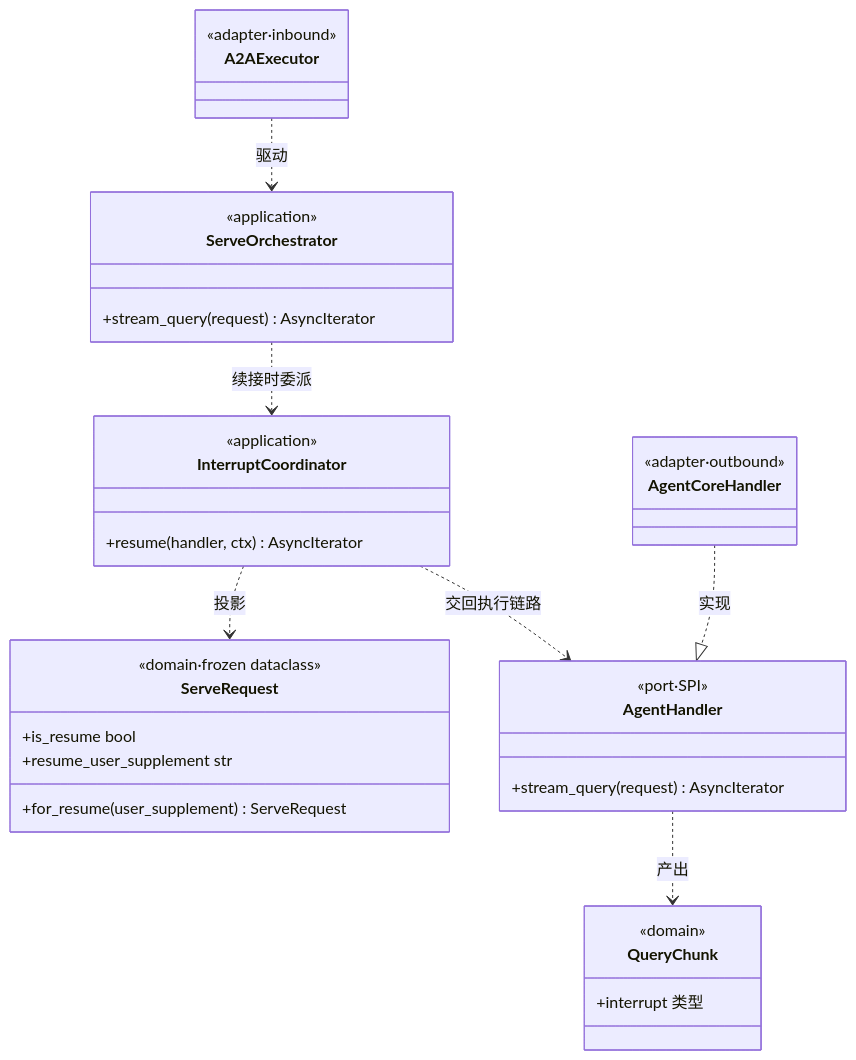
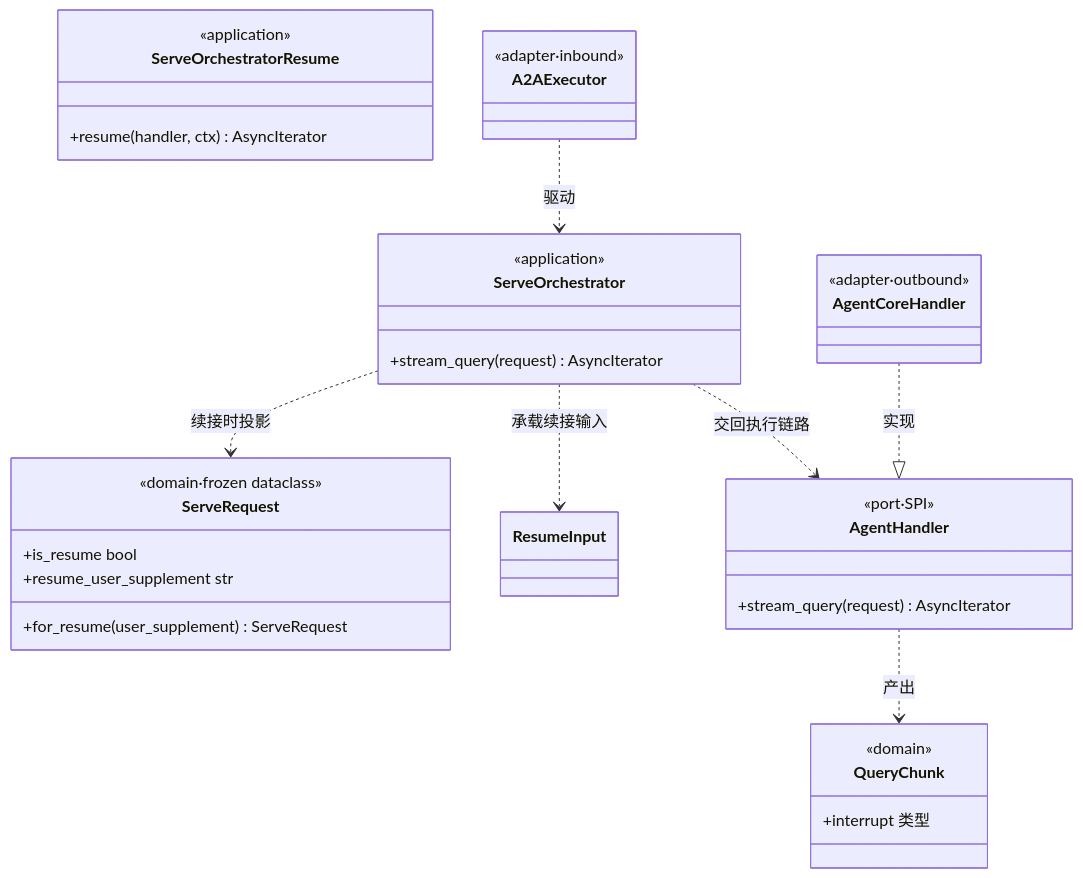
One commit to chaosxingxc-orion/spring-ai-ascend changed the first of 6 diagrams in architecture/L2-Low-Level-Design/agent-runtime/L2-Func-008b-user-interaction-interrupt-and-response.md. Above: the diagram before and after it, drawn with Mermaid. The commit also changed other lines of this file, not shown here.

Commit message:
docs: 订正设计与实现的不一致
审计发现文档所述与代码实际不符，按代码实际形态订正。

````diff
--- a/architecture/L2-Low-Level-Design/agent-runtime/L2-Func-008b-user-interaction-interrupt-and-response.md
+++ b/architecture/L2-Low-Level-Design/agent-runtime/L2-Func-008b-user-interaction-interrupt-and-response.md
@@ -244,38 +244,38 @@
 ```mermaid
 classDiagram
     class ServeRequest {
         <<domain·frozen dataclass>>
         +for_resume(user_supplement) ServeRequest
         +is_resume bool
         +resume_user_supplement str
     }
     class QueryChunk {
         <<domain>>
         +interrupt 类型
     }
-    class InterruptCoordinator {
+    class ServeOrchestratorResume {
         <<application>>
         +resume(handler, ctx) AsyncIterator
     }
     class ServeOrchestrator {
         <<application>>
         +stream_query(request) AsyncIterator
     }
     class AgentHandler {
         <<port·SPI>>
         +stream_query(request) AsyncIterator
     }
     class A2AExecutor {
         <<adapter·inbound>>
     }
     class AgentCoreHandler {
         <<adapter·outbound>>
     }
 
     A2AExecutor ..> ServeOrchestrator : 驱动
-    ServeOrchestrator ..> InterruptCoordinator : 续接时委派
-    InterruptCoordinator ..> ServeRequest : 投影
-    InterruptCoordinator ..> AgentHandler : 交回执行链路
+    ServeOrchestrator ..> ServeRequest : 续接时投影
+    ServeOrchestrator ..> ResumeInput : 承载续接输入
+    ServeOrchestrator ..> AgentHandler : 交回执行链路
     AgentCoreHandler ..|> AgentHandler : 实现
     AgentHandler ..> QueryChunk : 产出
 ```
````
